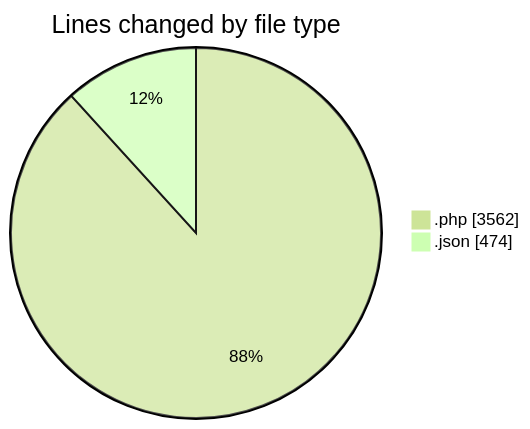
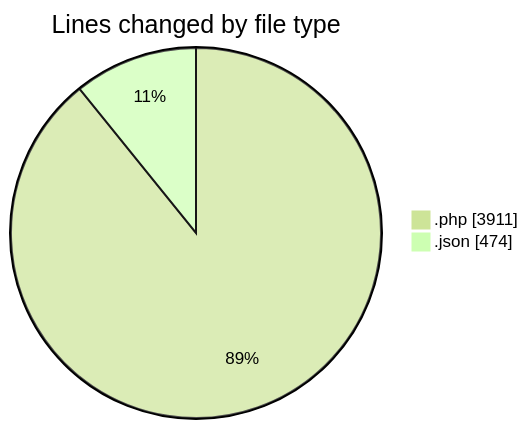
The first of 2 diagrams in 2025-06-16/studio-backend/README.md (idhammustaqopulfikri/code-tracking), drawn with Mermaid (forest theme) before and after one commit. The commit also changed other lines of this file and 1 other file, not shown here.

````diff
--- a/2025-06-16/studio-backend/README.md
+++ b/2025-06-16/studio-backend/README.md
@@ -36,6 +36,6 @@
 ```mermaid
 pie showData
 title Lines changed by file type
-".php" : 3562
+".php" : 3911
 ".json" : 474
 ```
````
